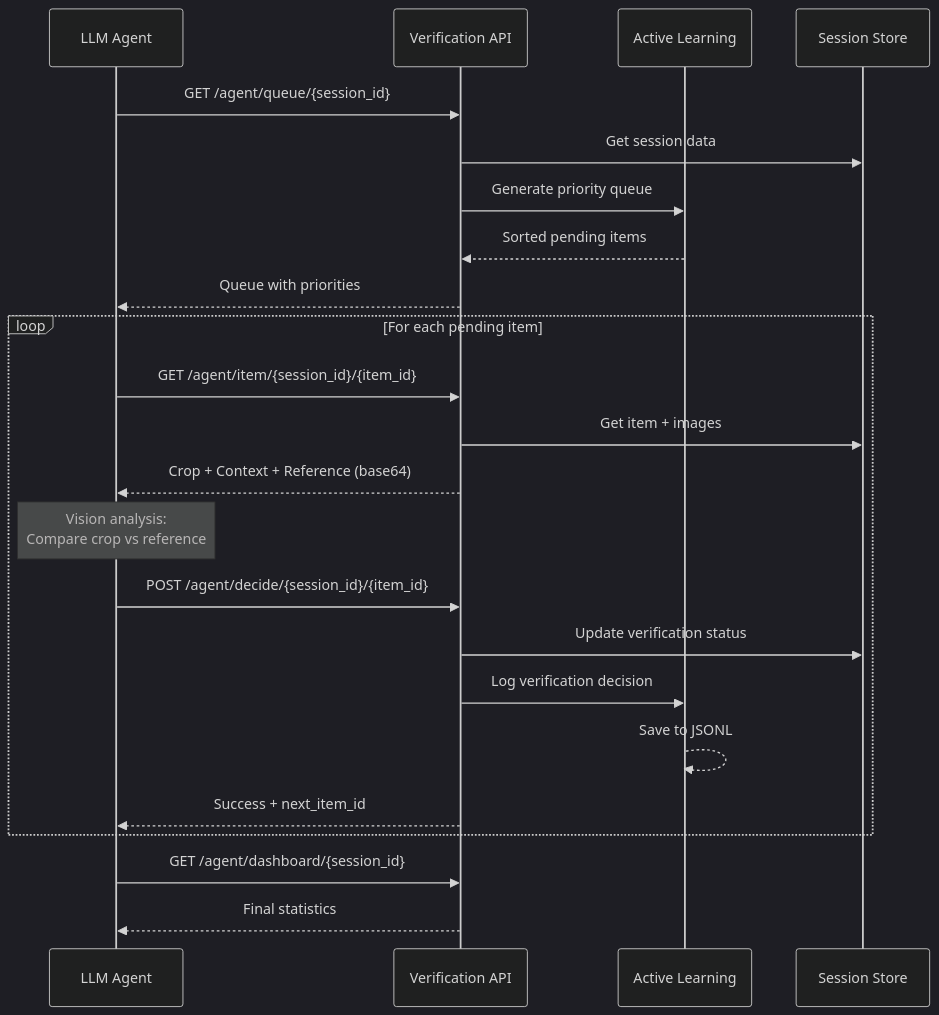
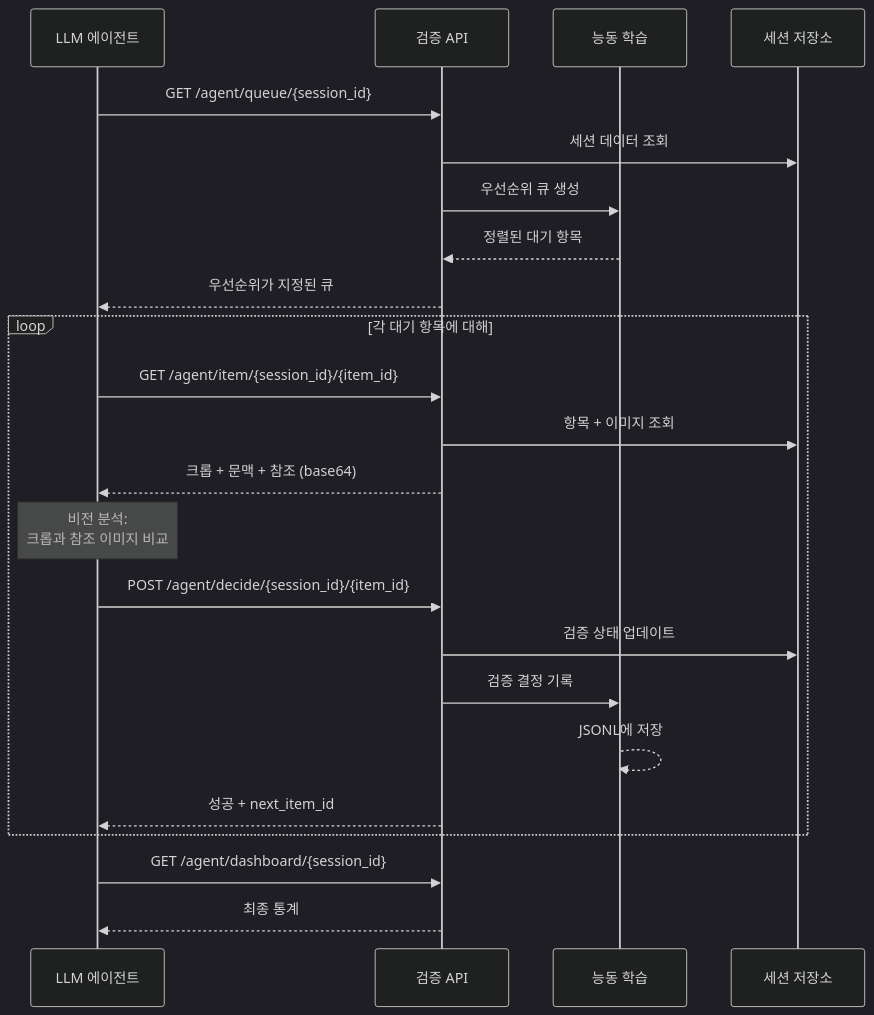
One commit to uprootai/AX_OCR changed the diagram in docs-site/docs/agent-verification/api-reference.md. Above: the diagram before and after it, drawn with Mermaid (dark theme). The commit also changed other lines of this file and 64 other files, not shown here.

````diff
--- a/docs-site/docs/agent-verification/api-reference.md
+++ b/docs-site/docs/agent-verification/api-reference.md
@@ -354,30 +354,30 @@
 ```mermaid
 sequenceDiagram
-    participant Agent as LLM Agent
-    participant API as Verification API
-    participant AL as Active Learning
-    participant Session as Session Store
+    participant Agent as LLM 에이전트
+    participant API as 검증 API
+    participant AL as 능동 학습
+    participant Session as 세션 저장소
 
     Agent->>API: GET /agent/queue/{session_id}
-    API->>Session: Get session data
-    API->>AL: Generate priority queue
-    AL-->>API: Sorted pending items
-    API-->>Agent: Queue with priorities
+    API->>Session: 세션 데이터 조회
+    API->>AL: 우선순위 큐 생성
+    AL-->>API: 정렬된 대기 항목
+    API-->>Agent: 우선순위가 지정된 큐
 
-    loop For each pending item
+    loop 각 대기 항목에 대해
         Agent->>API: GET /agent/item/{session_id}/{item_id}
-        API->>Session: Get item + images
-        API-->>Agent: Crop + Context + Reference (base64)
+        API->>Session: 항목 + 이미지 조회
+        API-->>Agent: 크롭 + 문맥 + 참조 (base64)
 
-        Note over Agent: Vision analysis:<br/>Compare crop vs reference
+        Note over Agent: 비전 분석:<br/>크롭과 참조 이미지 비교
 
         Agent->>API: POST /agent/decide/{session_id}/{item_id}
-        API->>Session: Update verification status
-        API->>AL: Log verification decision
-        AL-->>AL: Save to JSONL
-        API-->>Agent: Success + next_item_id
+        API->>Session: 검증 상태 업데이트
+        API->>AL: 검증 결정 기록
+        AL-->>AL: JSONL에 저장
+        API-->>Agent: 성공 + next_item_id
     end
 
     Agent->>API: GET /agent/dashboard/{session_id}
-    API-->>Agent: Final statistics
+    API-->>Agent: 최종 통계
 ```
````
